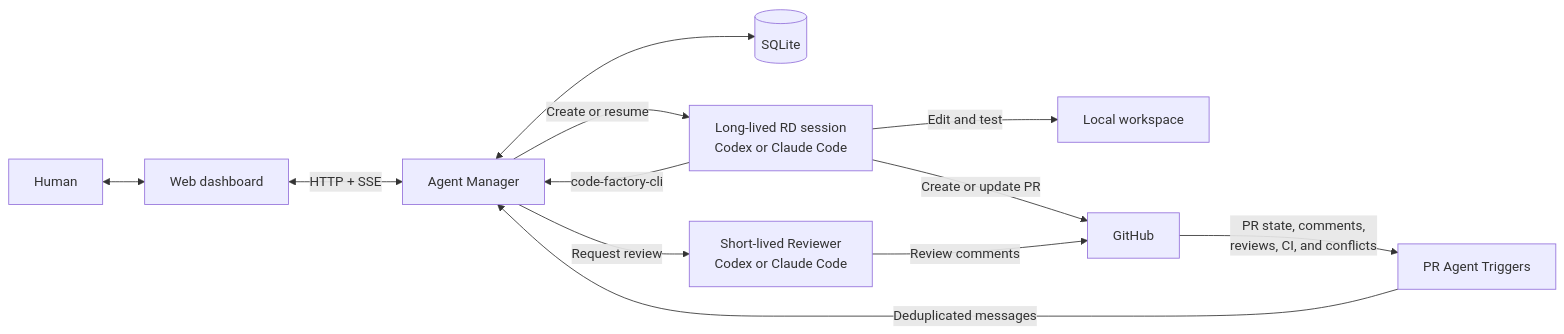
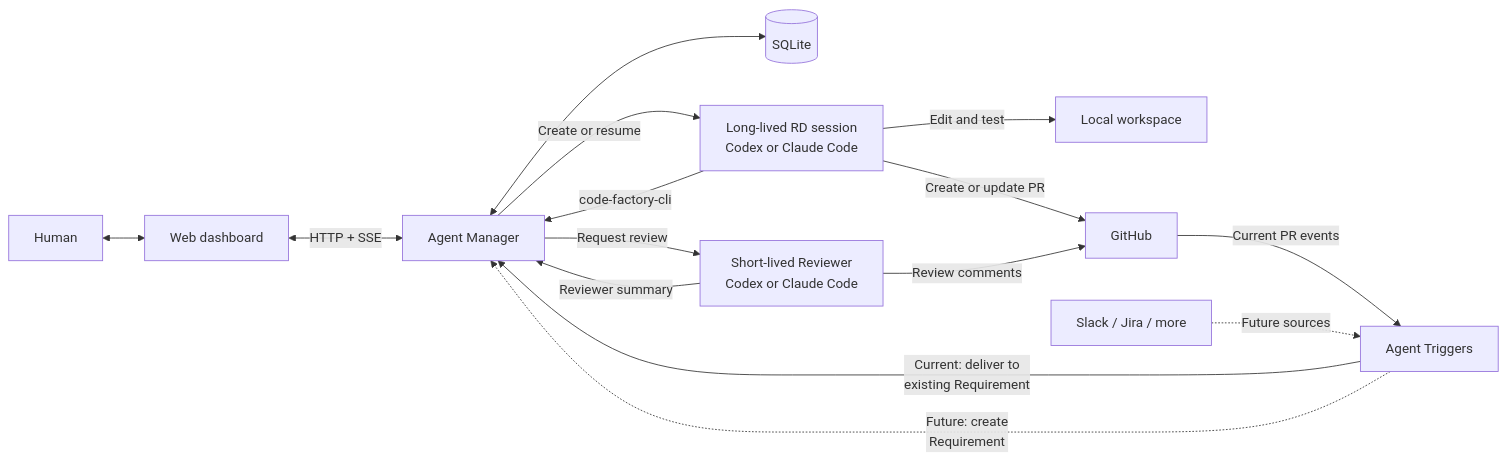
One commit to luohaha/code-factory changed the diagram in README.md. Above: the diagram before and after it, drawn with Mermaid. The commit also changed other lines of this file and 1 other file, not shown here.

Commit message:
docs: clarify Agent Trigger architecture

```diff
--- a/README.md
+++ b/README.md
@@ -162,14 +162,17 @@
 ~~~mermaid
 flowchart LR
   H[Human] <--> W[Web dashboard]
   W <-->|HTTP + SSE| M[Agent Manager]
   M <--> DB[(SQLite)]
   M -->|Create or resume| RD[Long-lived RD session<br/>Codex or Claude Code]
   M -->|Request review| RV[Short-lived Reviewer<br/>Codex or Claude Code]
   RD -->|Edit and test| WS[Local workspace]
   RD -->|Create or update PR| GH[GitHub]
   RD -->|code-factory-cli| M
   RV -->|Review comments| GH
-  GH -->|PR state, comments,<br/>reviews, CI, and conflicts| T[PR Agent Triggers]
-  T -->|Deduplicated messages| M
+  RV -->|Reviewer summary| M
+  GH -->|Current PR events| T[Agent Triggers]
+  EXT[Slack / Jira / more] -.->|Future sources| T
+  T -->|Current: deliver to<br/>existing Requirement| M
+  T -.->|Future: create<br/>Requirement| M
 ~~~
```
